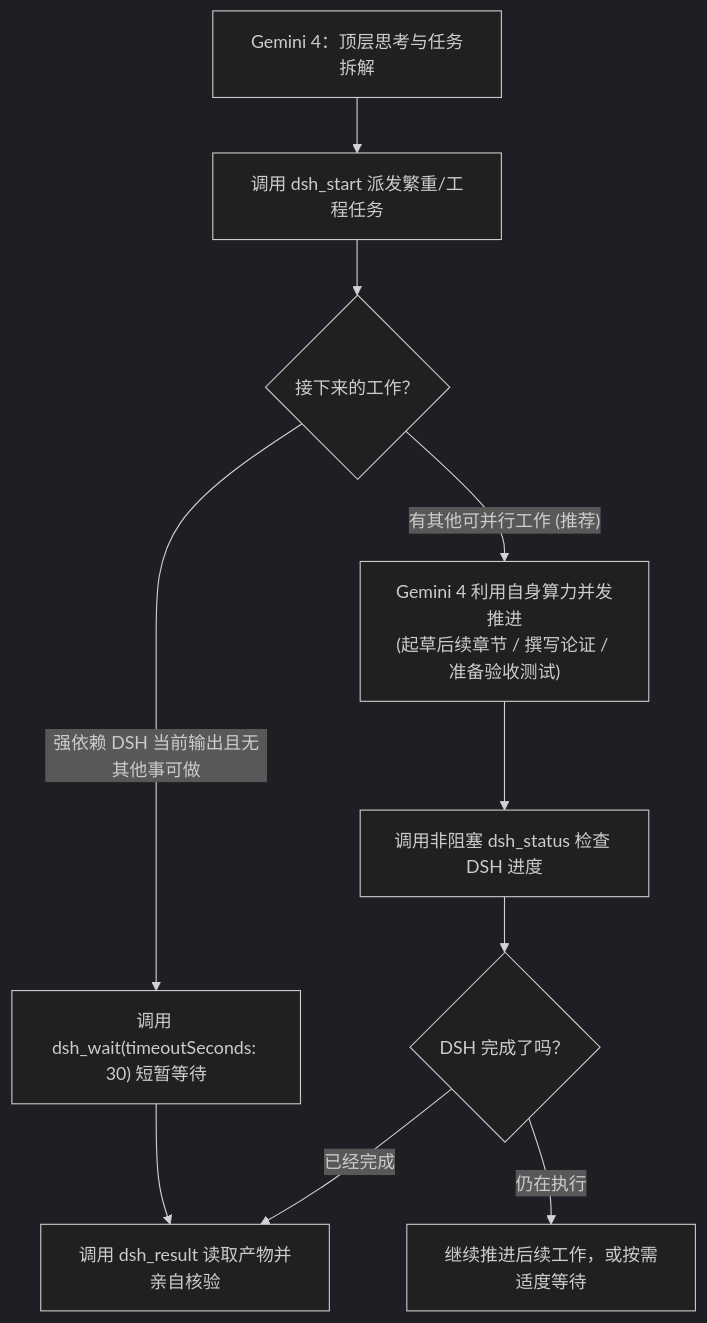
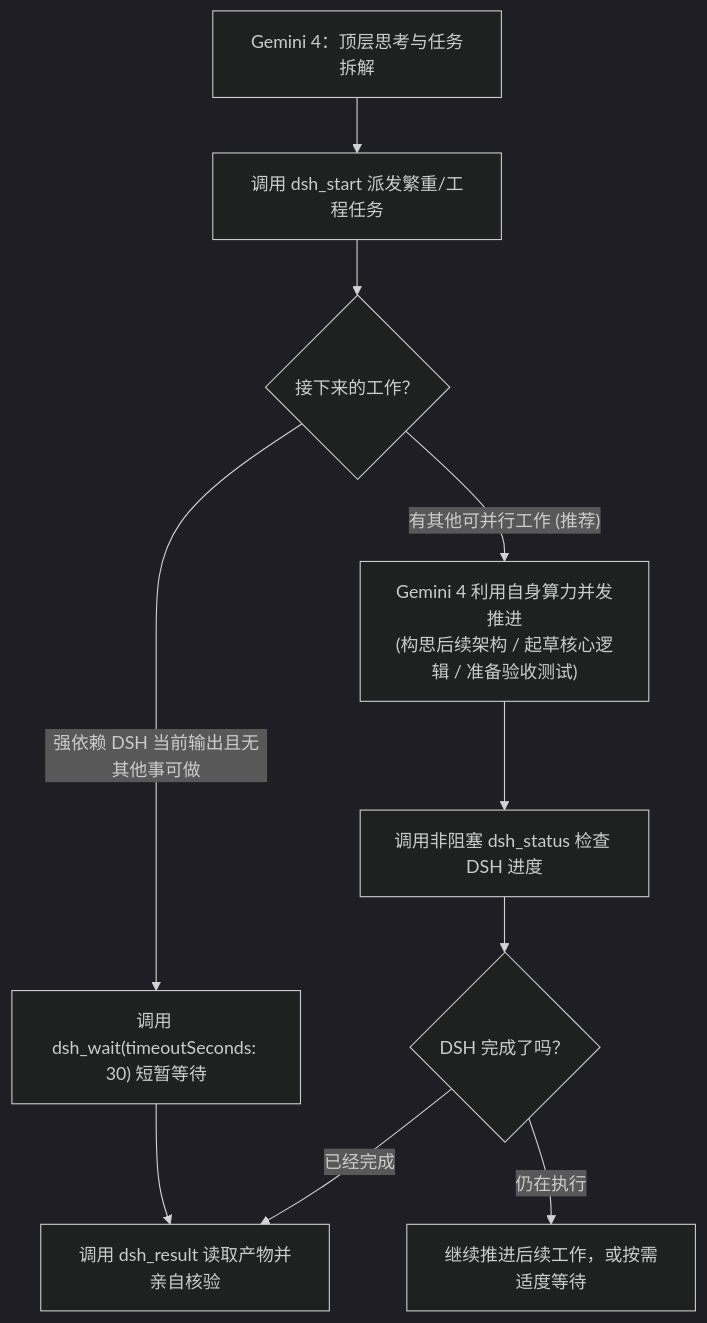
One commit to Qingzhu093/gemini-dsh-bridge changed the diagram in antigravity-plugin/skills/dsh-delegate/SKILL.md. Above: the diagram before and after it, drawn with Mermaid (dark theme). The commit also changed other lines of this file and 4 other files, not shown here.

````diff
--- a/antigravity-plugin/skills/dsh-delegate/SKILL.md
+++ b/antigravity-plugin/skills/dsh-delegate/SKILL.md
@@ -38,14 +38,14 @@
 ```mermaid
 flowchart TD
     Start["Gemini 4：顶层思考与任务拆解"] --> Dispatch["调用 dsh_start 派发繁重/工程任务"]
     Dispatch --> Branch{"接下来的工作？"}
     
-    Branch -- "有其他可并行工作 (推荐)" --> ParallelWork["Gemini 4 利用自身算力并发推进<br>(起草后续章节 / 撰写论证 / 准备验收测试)"]
+    Branch -- "有其他可并行工作 (推荐)" --> ParallelWork["Gemini 4 利用自身算力并发推进<br>(构思后续架构 / 起草核心逻辑 / 准备验收测试)"]
     ParallelWork --> CheckStatus["调用非阻塞 dsh_status 检查 DSH 进度"]
     CheckStatus --> FinishCheck{"DSH 完成了吗？"}
     FinishCheck -- 已经完成 --> ReadResult["调用 dsh_result 读取产物并亲自核验"]
     FinishCheck -- 仍在执行 --> ContinueOrWait["继续推进后续工作，或按需适度等待"]
 
     Branch -- "强依赖 DSH 当前输出且无其他事可做" --> OptWait["调用 dsh_wait(timeoutSeconds: 30) 短暂等待"]
     OptWait --> ReadResult
 ```
````
